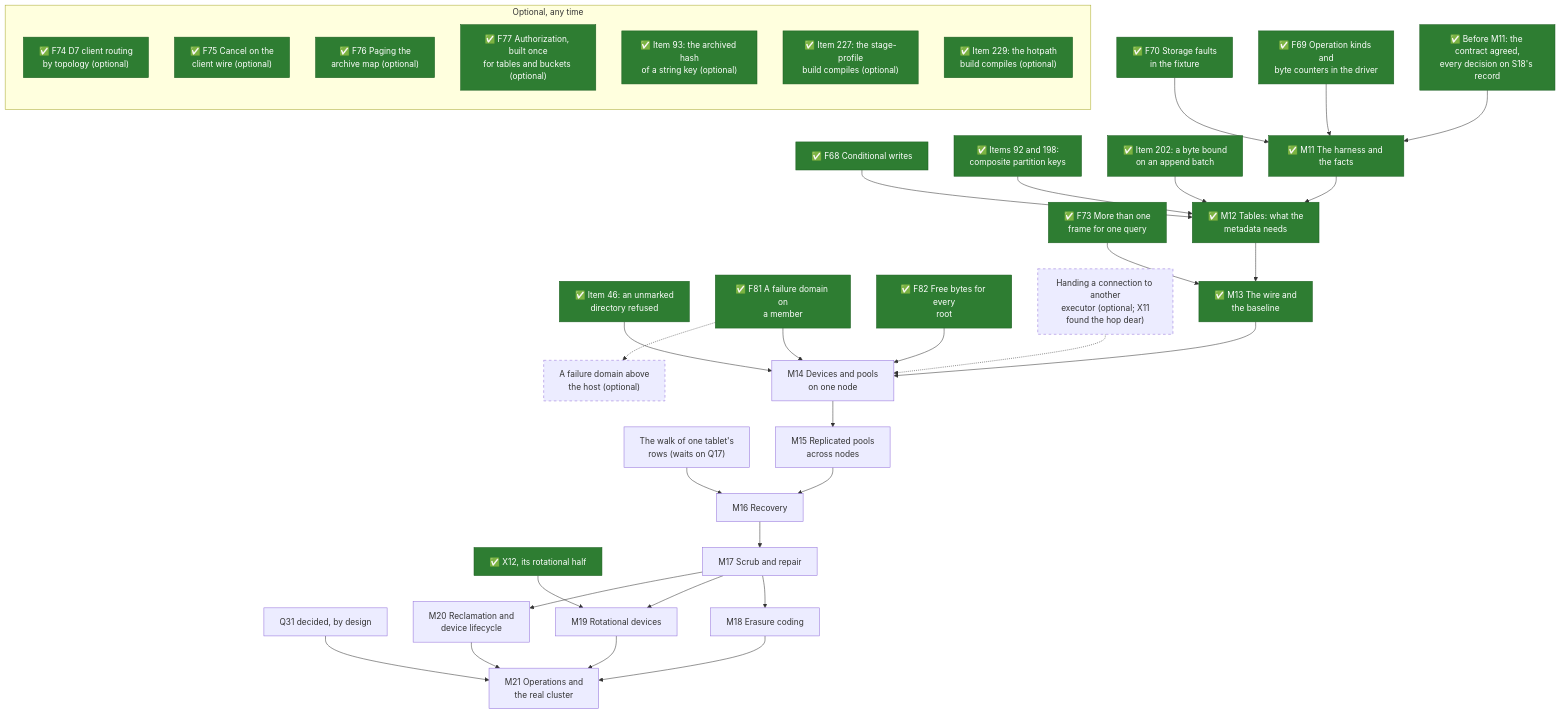
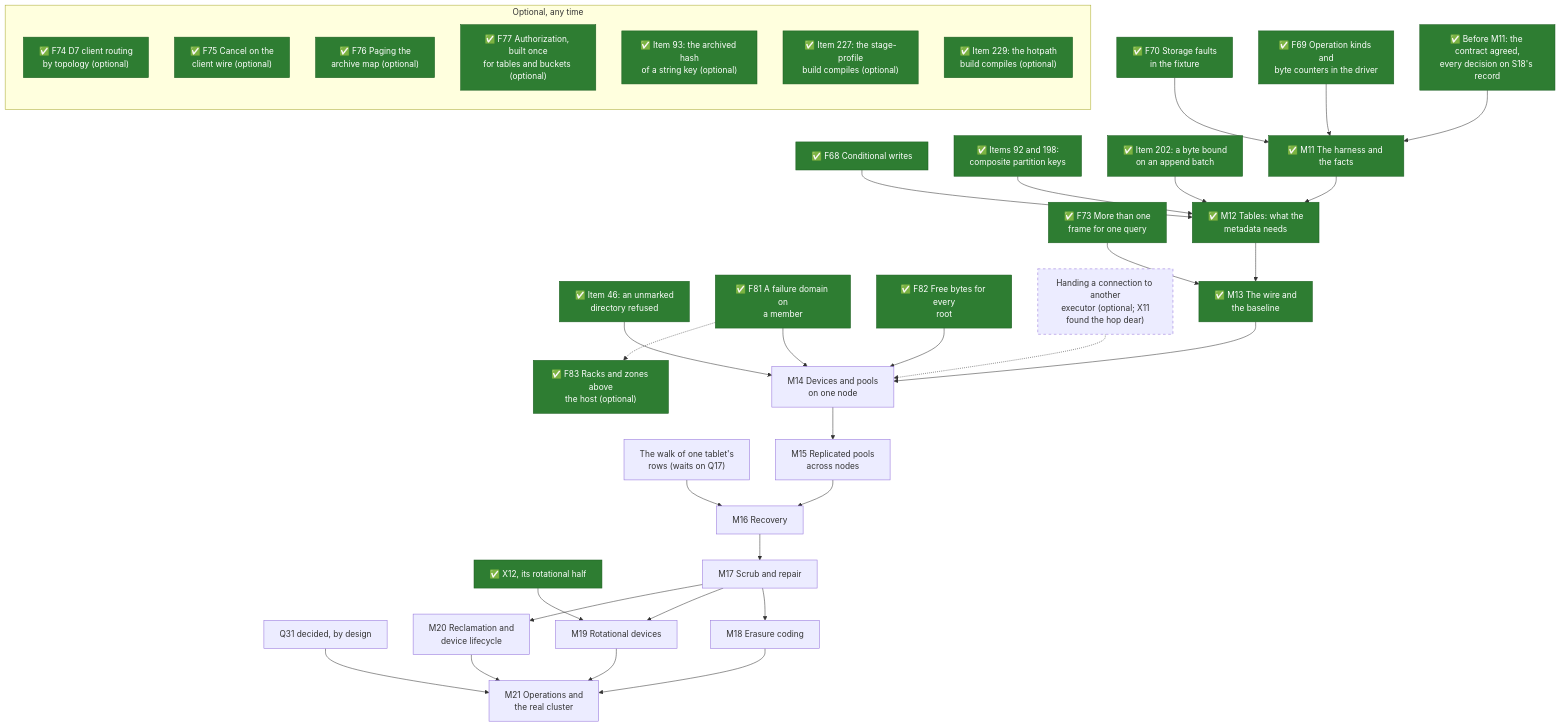
Before and after one commit to mjcarson/shoal: the second of 2 diagrams in docs/src/object-storage/whats-left-todo.md, drawn with Mermaid. The commit also changed other lines of this file and 48 other files, not shown here.

````diff
--- a/docs/src/object-storage/whats-left-todo.md
+++ b/docs/src/object-storage/whats-left-todo.md
@@ -154,59 +156,59 @@
 ```mermaid
 flowchart TB
     classDef done fill:#2e7d32,stroke:#1b5e20,color:#ffffff
     classDef optional stroke-dasharray: 5 5
     Gate["✅ Before M11: the contract agreed,<br>every decision on S18's record"]:::done
     F69["✅ F69 Operation kinds and<br>byte counters in the driver"]:::done
     F70["✅ F70 Storage faults<br>in the fixture"]:::done
     F68["✅ F68 Conditional writes"]:::done
     I198["✅ Items 92 and 198:<br>composite partition keys"]:::done
     I202["✅ Item 202: a byte bound<br>on an append batch"]:::done
     I46["✅ Item 46: an unmarked<br>directory refused"]:::done
     Frames["✅ F73 More than one<br>frame for one query"]:::done
     Domain["✅ F81 A failure domain on<br>a member"]:::done
     Free["✅ F82 Free bytes for every<br>root"]:::done
     Walk["The walk of one tablet's<br>rows (waits on Q17)"]
     Handoff["Handing a connection to another<br>executor (optional; X11<br>found the hop dear)"]:::optional
-    Rack["A failure domain above<br>the host (optional)"]:::optional
+    Rack["✅ F83 Racks and zones above<br>the host (optional)"]:::done
     X12r["✅ X12, its rotational half"]:::done
     Q31["Q31 decided, by design"]
     M11["✅ M11 The harness and the facts"]:::done
     M12["✅ M12 Tables: what the<br>metadata needs"]:::done
     M13["✅ M13 The wire and<br>the baseline"]:::done
     M14["M14 Devices and pools<br>on one node"]
     M15["M15 Replicated pools<br>across nodes"]
     M16["M16 Recovery"]
     M17["M17 Scrub and repair"]
     M18["M18 Erasure coding"]
     M19["M19 Rotational devices"]
     M20["M20 Reclamation and<br>device lifecycle"]
     M21["M21 Operations and<br>the real cluster"]
     Gate --> M11 --> M12 --> M13 --> M14 --> M15 --> M16 --> M17
     M17 --> M18 --> M21
     M17 --> M19 --> M21
     M17 --> M20 --> M21
     F69 --> M11
     F70 --> M11
     F68 --> M12
     I198 --> M12
     I202 --> M12
     Frames --> M13
     I46 --> M14
     Domain --> M14
     Free --> M14
     Handoff -.-> M14
     Domain -.-> Rack
     Walk --> M16
     X12r --> M19
     Q31 --> M21
     subgraph anytime["Optional, any time"]
         direction TB
         D7["✅ F74 D7 client routing<br>by topology (optional)"]:::done
         Cancel["✅ F75 Cancel on the<br>client wire (optional)"]:::done
         Paging["✅ F76 Paging the<br>archive map (optional)"]:::done
         Authz["✅ F77 Authorization, built once<br>for tables and buckets (optional)"]:::done
         I93["✅ Item 93: the archived hash<br>of a string key (optional)"]:::done
         I227["✅ Item 227: the stage-profile<br>build compiles (optional)"]:::done
         I229["✅ Item 229: the hotpath<br>build compiles (optional)"]:::done
     end
 ```
````
